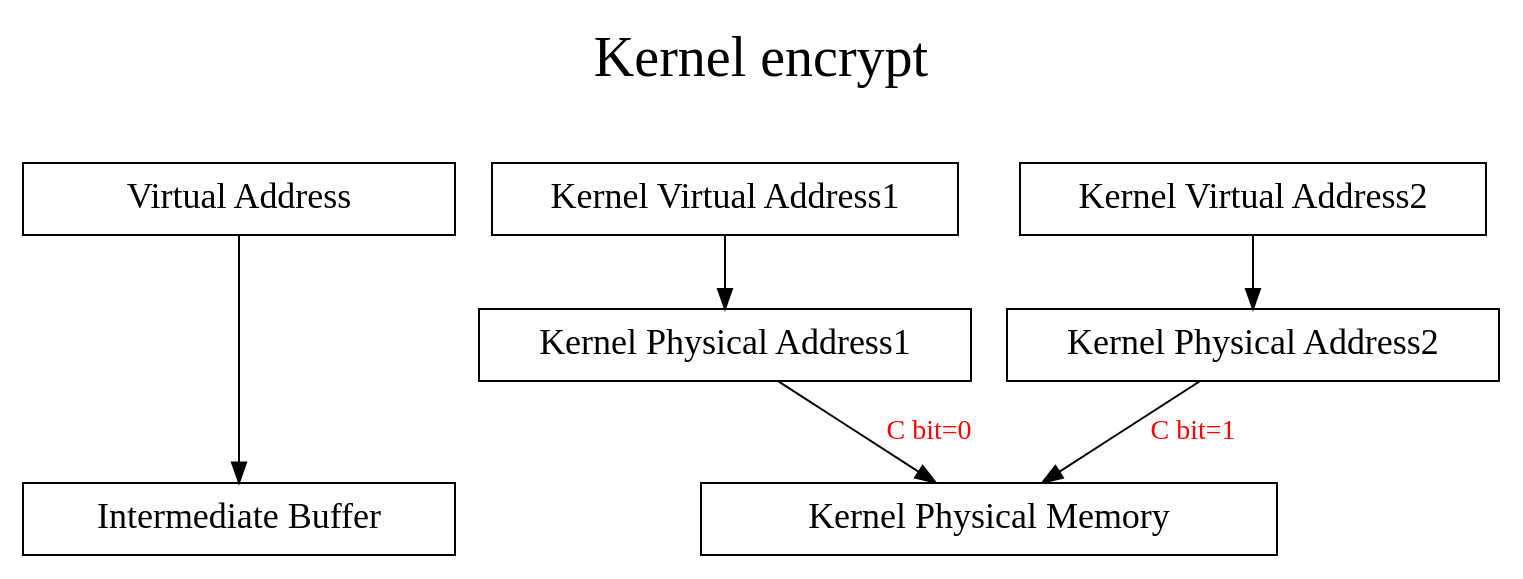
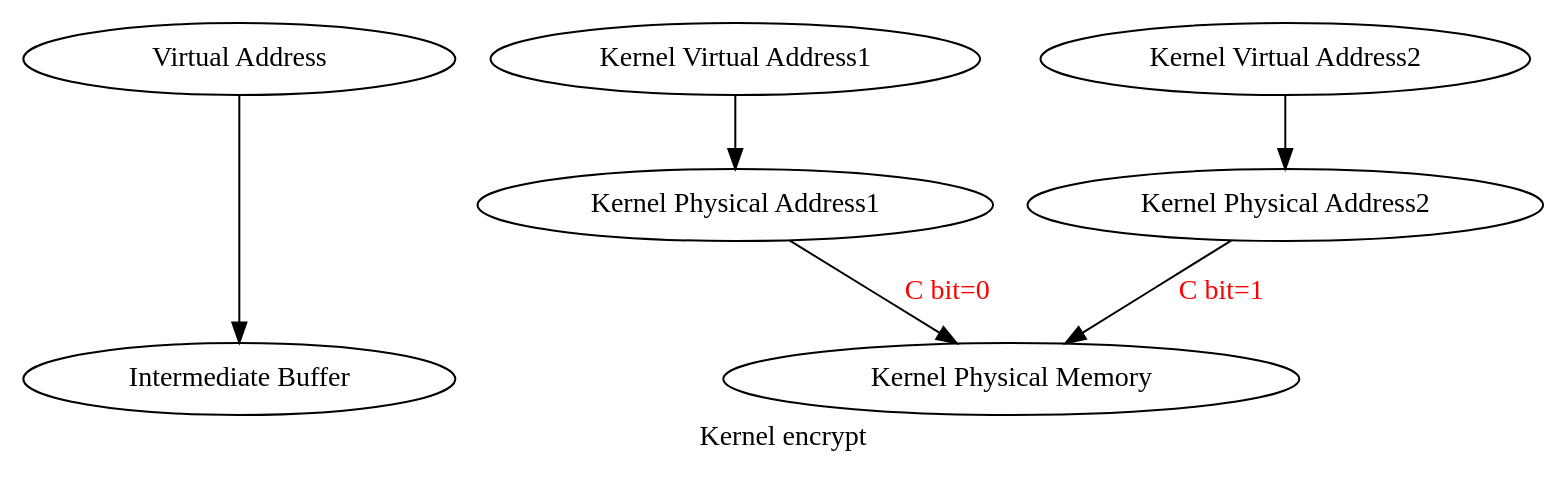
One commit to fengharry/draw changed the diagram in encrypt.gv. Above: the diagram before and after it, drawn with Graphviz. The commit also changed 17 other files, not shown here.

```diff
--- a/encrypt.gv
+++ b/encrypt.gv
@@ -1,19 +1,18 @@
-digraph smp{
-	node[shape = box; fontsize = 18; width = 3];
-	label = "Kernel encrypt\n "; fontsize = 28; labelloc = t;
-	ranksep = 0.5;
+digraph hello{
+	graph[label = "Kernel encrypt\n"];
+	node[width = 3];
 
 	vbf1[label = "Virtual Address"];
 	bf1[label = "Intermediate Buffer"];
 	vbf1 -> bf1[minlen=2];
 
 	va1[label = "Kernel Virtual Address1"];
 	va2[label = "Kernel Virtual Address2"];	
 	pa1[label = "Kernel Physical Address1"];
 	pa2[label = "Kernel Physical Address2"];
 	pm1[label = "Kernel Physical Memory"; width=4];
 
 	va1 -> pa1; pa1 -> pm1[label = "C bit=0"; fontcolor = red];
 	va2 -> pa2; pa2 -> pm1[label = "C bit=1"; fontcolor = red];
 
 }
```
